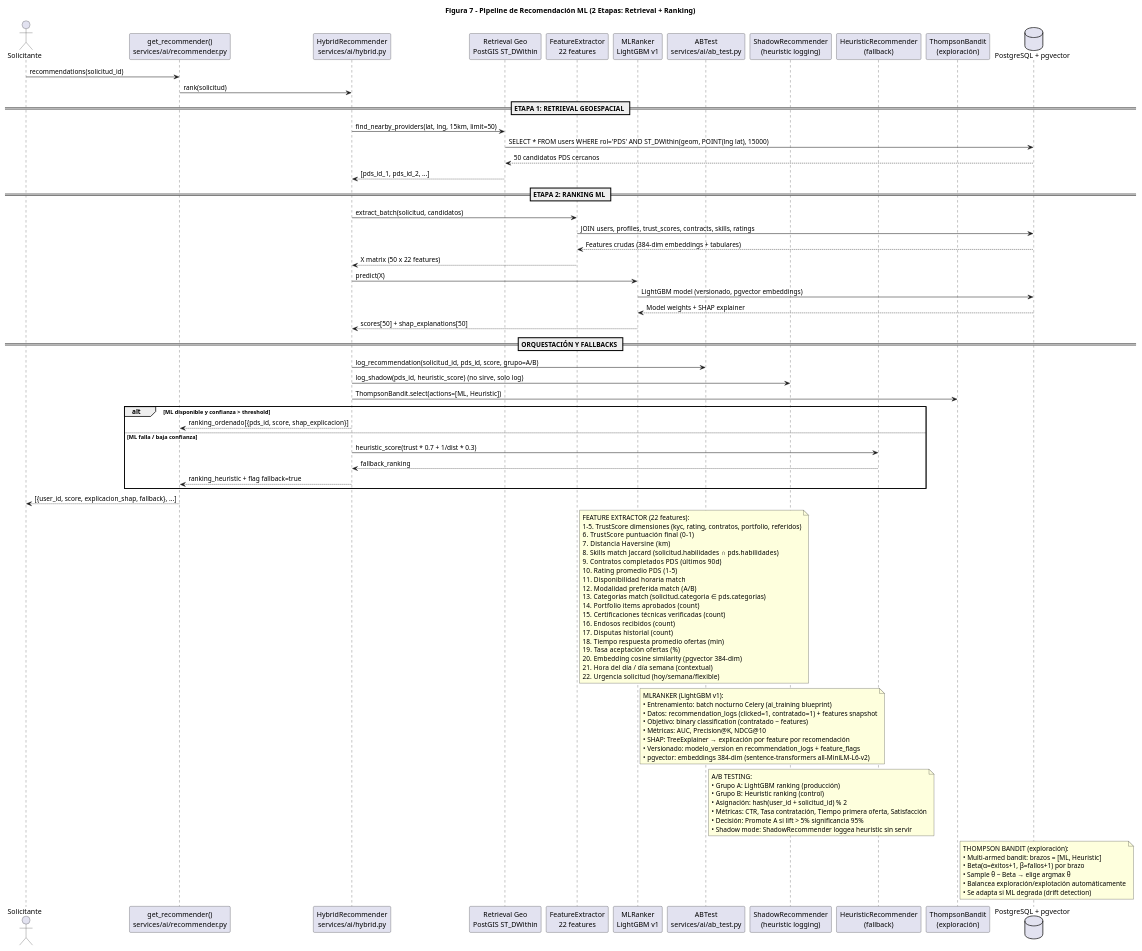
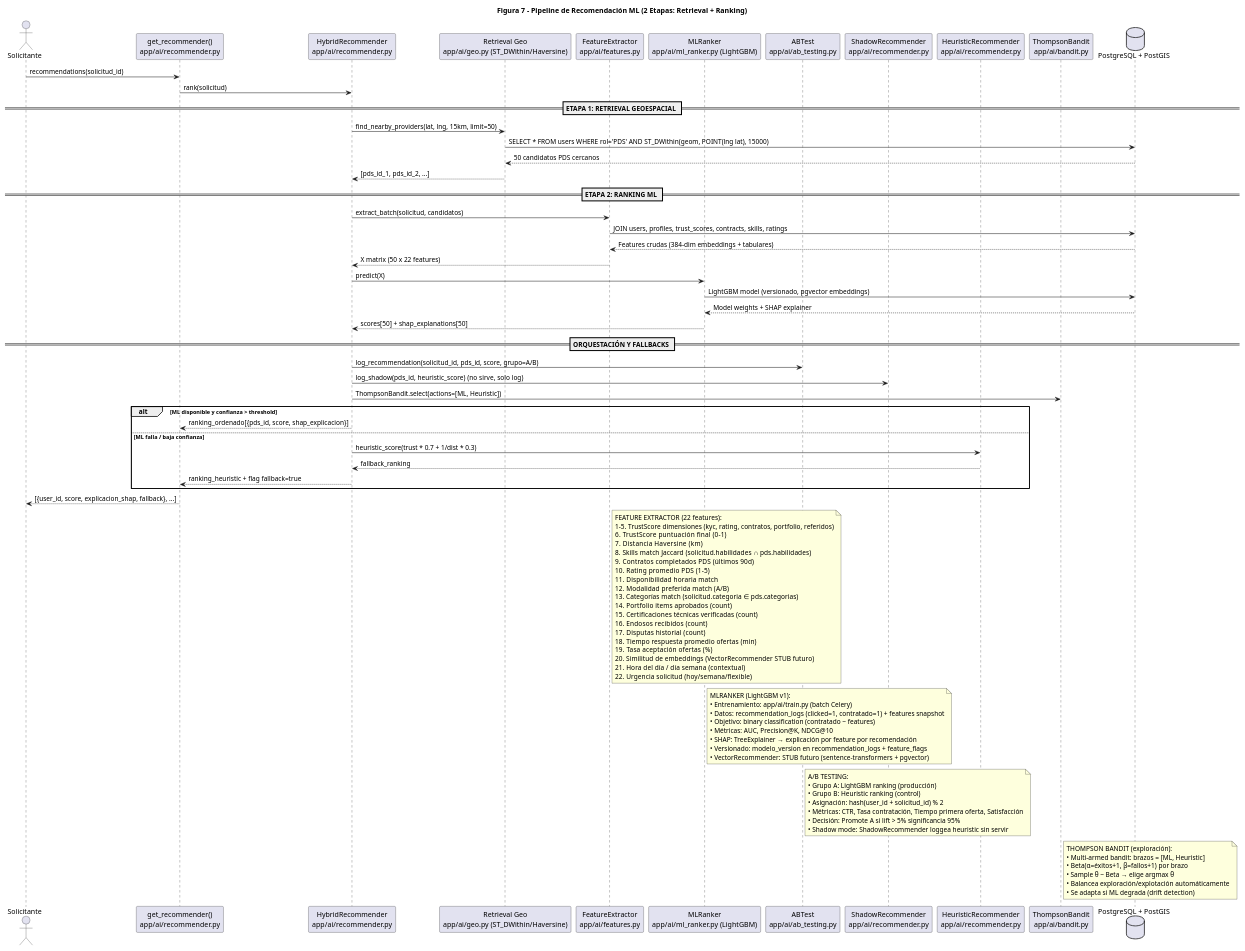
One commit to jpalacioing98/Chambeapp_Doc changed the diagram in Arquitectura/diagramas/component/07_pipeline_recomendacion.puml. Above: the diagram before and after it, drawn with PlantUML. The commit also changed 60 other files, not shown here.

Commit message:
docs: completar y actualizar diagramas de arquitectura segun codigo fuente

```diff
--- a/Arquitectura/diagramas/component/07_pipeline_recomendacion.puml
+++ b/Arquitectura/diagramas/component/07_pipeline_recomendacion.puml
@@ -1,102 +1,102 @@
 @startuml
 title Figura 7 - Pipeline de Recomendación ML (2 Etapas: Retrieval + Ranking)
 
 actor "Solicitante" as S
-participant "get_recommender()\nservices/ai/recommender.py" as GR
-participant "HybridRecommender\nservices/ai/hybrid.py" as HR
-participant "Retrieval Geo\nPostGIS ST_DWithin" as GEO
-participant "FeatureExtractor\n22 features" as FE
-participant "MLRanker\nLightGBM v1" as MR
-participant "ABTest\nservices/ai/ab_test.py" as AB
-participant "ShadowRecommender\n(heuristic logging)" as SR
-participant "HeuristicRecommender\n(fallback)" as HER
-participant "ThompsonBandit\n(exploración)" as TB
-database "PostgreSQL + pgvector" as DB
+participant "get_recommender()\napp/ai/recommender.py" as GR
+participant "HybridRecommender\napp/ai/recommender.py" as HR
+participant "Retrieval Geo\napp/ai/geo.py (ST_DWithin/Haversine)" as GEO
+participant "FeatureExtractor\napp/ai/features.py" as FE
+participant "MLRanker\napp/ai/ml_ranker.py (LightGBM)" as MR
+participant "ABTest\napp/ai/ab_testing.py" as AB
+participant "ShadowRecommender\napp/ai/recommender.py" as SR
+participant "HeuristicRecommender\napp/ai/recommender.py" as HER
+participant "ThompsonBandit\napp/ai/bandit.py" as TB
+database "PostgreSQL + PostGIS" as DB
 
 S -> GR: recommendations(solicitud_id)
 GR -> HR: rank(solicitud)
 
 == ETAPA 1: RETRIEVAL GEOESPACIAL ==
 HR -> GEO: find_nearby_providers(lat, lng, 15km, limit=50)
 GEO -> DB: SELECT * FROM users WHERE rol='PDS' AND ST_DWithin(geom, POINT(lng lat), 15000)
 DB --> GEO: 50 candidatos PDS cercanos
 GEO --> HR: [pds_id_1, pds_id_2, ...]
 
 == ETAPA 2: RANKING ML ==
 HR -> FE: extract_batch(solicitud, candidatos)
 FE -> DB: JOIN users, profiles, trust_scores, contracts, skills, ratings
 DB --> FE: Features crudas (384-dim embeddings + tabulares)
 FE --> HR: X matrix (50 x 22 features)
 
 HR -> MR: predict(X)
 MR -> DB: LightGBM model (versionado, pgvector embeddings)
 DB --> MR: Model weights + SHAP explainer
 MR --> HR: scores[50] + shap_explanations[50]
 
 == ORQUESTACIÓN Y FALLBACKS ==
 HR -> AB: log_recommendation(solicitud_id, pds_id, score, grupo=A/B)
 HR -> SR: log_shadow(pds_id, heuristic_score)  (no sirve, solo log)
 HR -> TB: ThompsonBandit.select(actions=[ML, Heuristic])
 alt ML disponible y confianza > threshold
     HR --> GR: ranking_ordenado[{pds_id, score, shap_explicacion}]
 else ML falla / baja confianza
     HR -> HER: heuristic_score(trust * 0.7 + 1/dist * 0.3)
     HER --> HR: fallback_ranking
     HR --> GR: ranking_heuristic + flag fallback=true
 end
 
 GR --> S: [{user_id, score, explicacion_shap, fallback}, ...]
 
 note right of FE
   FEATURE EXTRACTOR (22 features):
   1-5.  TrustScore dimensiones (kyc, rating, contratos, portfolio, referidos)
   6.    TrustScore puntuación final (0-1)
   7.    Distancia Haversine (km)
   8.    Skills match Jaccard (solicitud.habilidades ∩ pds.habilidades)
   9.    Contratos completados PDS (últimos 90d)
   10.   Rating promedio PDS (1-5)
   11.   Disponibilidad horaria match
   12.   Modalidad preferida match (A/B)
   13.   Categorías match (solicitud.categoria ∈ pds.categorias)
   14.   Portfolio items aprobados (count)
   15.   Certificaciones técnicas verificadas (count)
   16.   Endosos recibidos (count)
   17.   Disputas historial (count)
   18.   Tiempo respuesta promedio ofertas (min)
   19.   Tasa aceptación ofertas (%)
-  20.   Embedding cosine similarity (pgvector 384-dim)
+  20.   Similitud de embeddings (VectorRecommender STUB futuro)
   21.   Hora del día / día semana (contextual)
   22.   Urgencia solicitud (hoy/semana/flexible)
 end note
 
 note right of MR
   MLRANKER (LightGBM v1):
-  • Entrenamiento: batch nocturno Celery (ai_training blueprint)
+  • Entrenamiento: app/ai/train.py (batch Celery)
   • Datos: recommendation_logs (clicked=1, contratado=1) + features snapshot
   • Objetivo: binary classification (contratado ~ features)
   • Métricas: AUC, Precision@K, NDCG@10
   • SHAP: TreeExplainer → explicación por feature por recomendación
   • Versionado: modelo_version en recommendation_logs + feature_flags
-  • pgvector: embeddings 384-dim (sentence-transformers all-MiniLM-L6-v2)
+  • VectorRecommender: STUB futuro (sentence-transformers + pgvector)
 end note
 
 note right of AB
   A/B TESTING:
   • Grupo A: LightGBM ranking (producción)
   • Grupo B: Heuristic ranking (control)
   • Asignación: hash(user_id + solicitud_id) % 2
   • Métricas: CTR, Tasa contratación, Tiempo primera oferta, Satisfacción
   • Decisión: Promote A si lift > 5% significancia 95%
   • Shadow mode: ShadowRecommender loggea heuristic sin servir
 end note
 
 note right of TB
   THOMPSON BANDIT (exploración):
   • Multi-armed bandit: brazos = [ML, Heuristic]
   • Beta(α=éxitos+1, β=fallos+1) por brazo
   • Sample θ ~ Beta → elige argmax θ
   • Balancea exploración/explotación automáticamente
   • Se adapta si ML degrada (drift detection)
 end note
 
 @enduml
```
